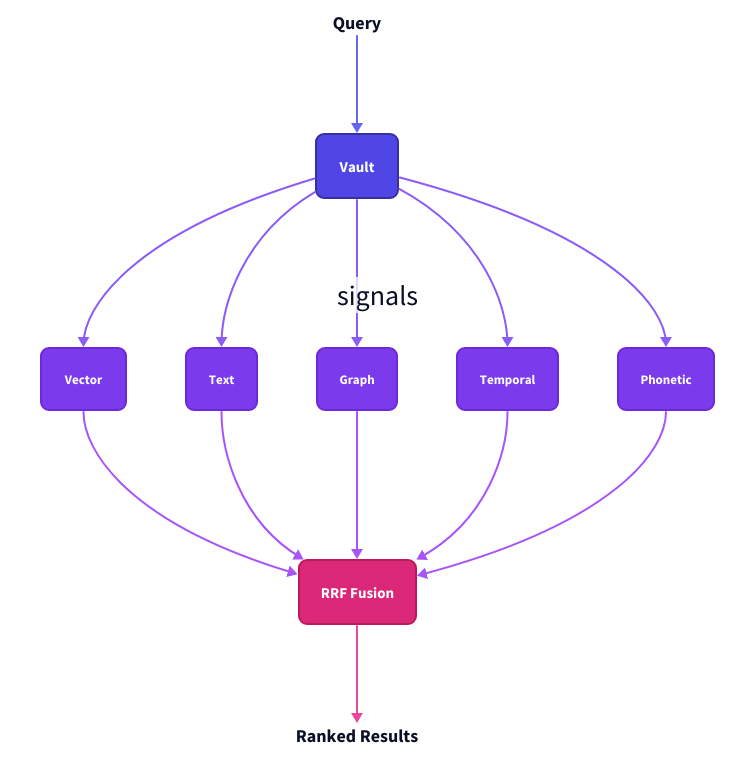
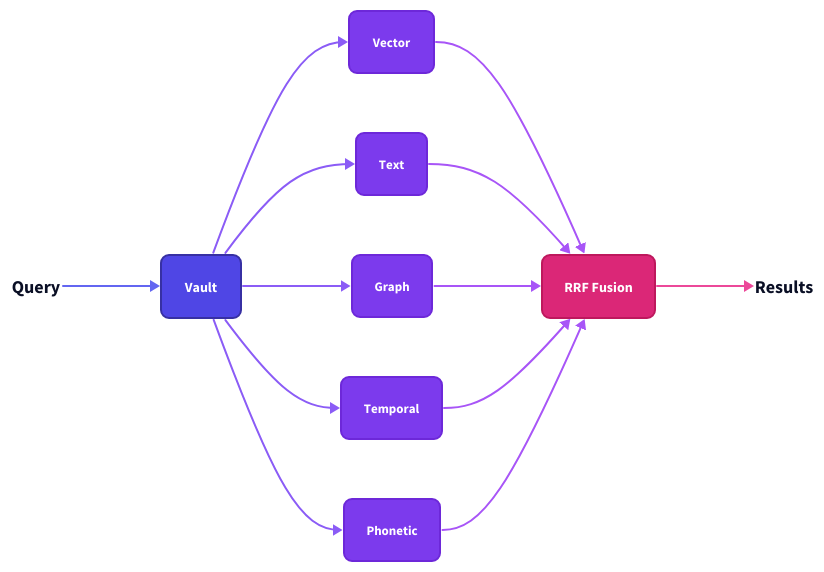
Before and after one commit to oneiron-dev/oneiron: the diagram in docs/architecture.d2, drawn with D2. The commit also changed 3 other files, not shown here.

First line of the commit message:
Simplify diagram: horizontal layout, no containers

```diff
--- a/docs/architecture.d2
+++ b/docs/architecture.d2
@@ -1,88 +1,83 @@
-direction: down
+direction: right
 
 query: Query {
   shape: text
   style.font-size: 18
   style.bold: true
 }
 
 vault: Vault {
   style.fill: "#4f46e5"
   style.font-color: "#ffffff"
   style.stroke: "#3730a3"
   style.border-radius: 8
-  style.font-size: 15
+  style.font-size: 14
   style.bold: true
 }
 
-signals: {
-  style.fill: transparent
-  style.stroke: transparent
-
-  vector: Vector {
-    style.fill: "#7c3aed"
-    style.font-color: "#ffffff"
-    style.stroke: "#6d28d9"
-    style.border-radius: 8
-    style.font-size: 13
-  }
-  text: Text {
-    style.fill: "#7c3aed"
-    style.font-color: "#ffffff"
-    style.stroke: "#6d28d9"
-    style.border-radius: 8
-    style.font-size: 13
-  }
-  graph: Graph {
-    style.fill: "#7c3aed"
-    style.font-color: "#ffffff"
-    style.stroke: "#6d28d9"
-    style.border-radius: 8
-    style.font-size: 13
-  }
-  temporal: Temporal {
-    style.fill: "#7c3aed"
-    style.font-color: "#ffffff"
-    style.stroke: "#6d28d9"
-    style.border-radius: 8
-    style.font-size: 13
-  }
-  phonetic: Phonetic {
-    style.fill: "#7c3aed"
-    style.font-color: "#ffffff"
-    style.stroke: "#6d28d9"
-    style.border-radius: 8
-    style.font-size: 13
-  }
+vector: Vector {
+  style.fill: "#7c3aed"
+  style.font-color: "#ffffff"
+  style.stroke: "#6d28d9"
+  style.border-radius: 8
+  style.font-size: 13
+}
+text: Text {
+  style.fill: "#7c3aed"
+  style.font-color: "#ffffff"
+  style.stroke: "#6d28d9"
+  style.border-radius: 8
+  style.font-size: 13
+}
+graph: Graph {
+  style.fill: "#7c3aed"
+  style.font-color: "#ffffff"
+  style.stroke: "#6d28d9"
+  style.border-radius: 8
+  style.font-size: 13
+}
+temporal: Temporal {
+  style.fill: "#7c3aed"
+  style.font-color: "#ffffff"
+  style.stroke: "#6d28d9"
+  style.border-radius: 8
+  style.font-size: 13
+}
+phonetic: Phonetic {
+  style.fill: "#7c3aed"
+  style.font-color: "#ffffff"
+  style.stroke: "#6d28d9"
+  style.border-radius: 8
+  style.font-size: 13
 }
 
 fusion: RRF Fusion {
   style.fill: "#db2777"
   style.font-color: "#ffffff"
   style.stroke: "#be185d"
   style.border-radius: 8
-  style.font-size: 15
+  style.font-size: 14
   style.bold: true
 }
 
-results: Ranked Results {
+results: Results {
   shape: text
   style.font-size: 18
   style.bold: true
 }
 
 query -> vault: {style.stroke: "#6366f1"; style.stroke-width: 2}
 
-vault -> signals.vector: {style.stroke: "#8b5cf6"; style.stroke-width: 2}
-vault -> signals.text: {style.stroke: "#8b5cf6"; style.stroke-width: 2}
-vault -> signals.graph: {style.stroke: "#8b5cf6"; style.stroke-width: 2}
-vault -> signals.temporal: {style.stroke: "#8b5cf6"; style.stroke-width: 2}
-vault -> signals.phonetic: {style.stroke: "#8b5cf6"; style.stroke-width: 2}
+vault -> vector: {style.stroke: "#8b5cf6"; style.stroke-width: 2}
+vault -> text: {style.stroke: "#8b5cf6"; style.stroke-width: 2}
+vault -> graph: {style.stroke: "#8b5cf6"; style.stroke-width: 2}
+vault -> temporal: {style.stroke: "#8b5cf6"; style.stroke-width: 2}
+vault -> phonetic: {style.stroke: "#8b5cf6"; style.stroke-width: 2}
 
-signals.vector -> fusion: {style.stroke: "#a855f7"; style.stroke-width: 2}
-signals.text -> fusion: {style.stroke: "#a855f7"; style.stroke-width: 2}
-signals.graph -> fusion: {style.stroke: "#a855f7"; style.stroke-width: 2}
-signals.temporal -> fusion: {style.stroke: "#a855f7"; style.stroke-width: 2}
-signals.phonetic -> fusion: {style.stroke: "#a855f7"; style.stroke-width: 2}
+vector -> fusion: {style.stroke: "#a855f7"; style.stroke-width: 2}
+text -> fusion: {style.stroke: "#a855f7"; style.stroke-width: 2}
+graph -> fusion: {style.stroke: "#a855f7"; style.stroke-width: 2}
+temporal -> fusion: {style.stroke: "#a855f7"; style.stroke-width: 2}
+phonetic -> fusion: {style.stroke: "#a855f7"; style.stroke-width: 2}
 
 fusion -> results: {style.stroke: "#ec4899"; style.stroke-width: 2}
```
